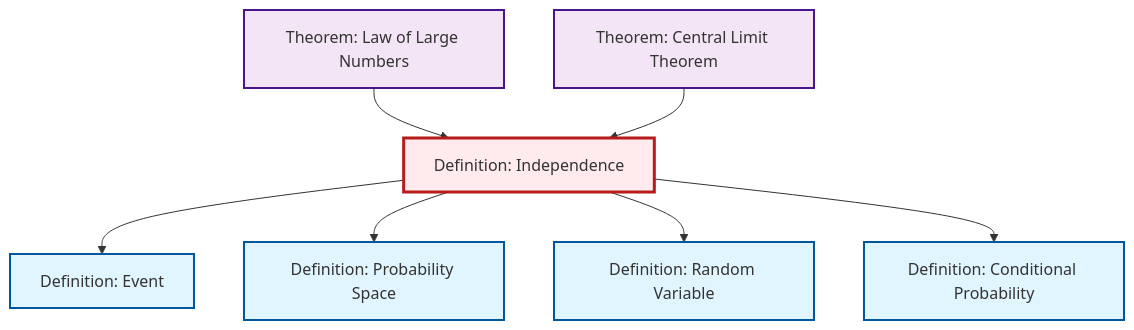
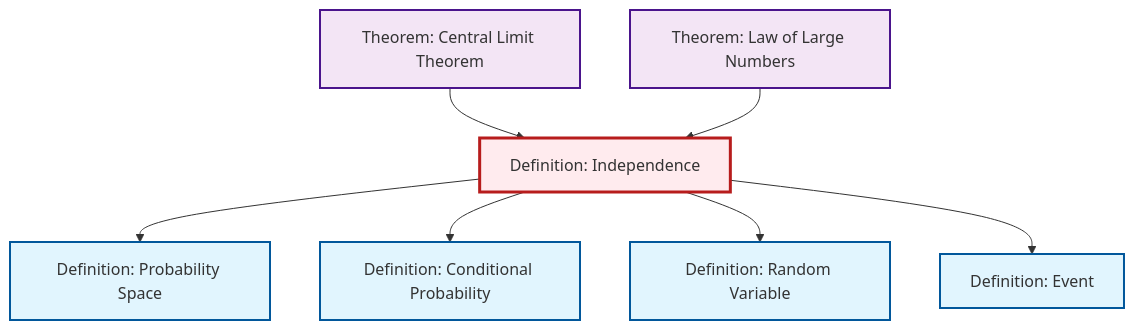
The diagram in content/ja/probability-statistics/def-independence.qmd (RK0429/ModernMath), drawn with Mermaid before and after one commit. The commit also changed other lines of this file and 531 other files, not shown here.

````diff
--- a/content/ja/probability-statistics/def-independence.qmd
+++ b/content/ja/probability-statistics/def-independence.qmd
@@ -114,29 +114,29 @@
 ```{mermaid}
 %%| fig-cap: "Local dependency graph"
 graph TD
     classDef definition fill:#e1f5fe,stroke:#01579b,stroke-width:2px
     classDef theorem fill:#f3e5f5,stroke:#4a148c,stroke-width:2px
     classDef axiom fill:#fff3e0,stroke:#e65100,stroke-width:2px
     classDef example fill:#e8f5e9,stroke:#1b5e20,stroke-width:2px
     classDef current fill:#ffebee,stroke:#b71c1c,stroke-width:3px
     def-random-variable["Definition: Random Variable"]:::definition
+    thm-law-of-large-numbers["Theorem: Law of Large Numbers"]:::theorem
+    def-probability-space["Definition: Probability Space"]:::definition
+    def-event["Definition: Event"]:::definition
     def-conditional-probability["Definition: Conditional Probability"]:::definition
+    def-independence["Definition: Independence"]:::definition
     thm-central-limit["Theorem: Central Limit Theorem"]:::theorem
-    def-event["Definition: Event"]:::definition
-    thm-law-of-large-numbers["Theorem: Law of Large Numbers"]:::theorem
-    def-independence["Definition: Independence"]:::definition
-    def-probability-space["Definition: Probability Space"]:::definition
-    def-independence --> def-event
     def-independence --> def-probability-space
+    def-independence --> def-conditional-probability
+    thm-central-limit --> def-independence
     thm-law-of-large-numbers --> def-independence
     def-independence --> def-random-variable
-    thm-central-limit --> def-independence
-    def-independence --> def-conditional-probability
+    def-independence --> def-event
     class def-independence current
     click def-random-variable "def-random-variable.html" "Definition: Random Variableへ"
+    click thm-law-of-large-numbers "thm-law-of-large-numbers.html" "Theorem: Law of Large Numbersへ"
+    click def-probability-space "def-probability-space.html" "Definition: Probability Spaceへ"
+    click def-event "def-event.html" "Definition: Eventへ"
     click def-conditional-probability "def-conditional-probability.html" "Definition: Conditional Probabilityへ"
     click thm-central-limit "thm-central-limit.html" "Theorem: Central Limit Theoremへ"
-    click def-event "def-event.html" "Definition: Eventへ"
-    click thm-law-of-large-numbers "thm-law-of-large-numbers.html" "Theorem: Law of Large Numbersへ"
-    click def-probability-space "def-probability-space.html" "Definition: Probability Spaceへ"
 ```
````
